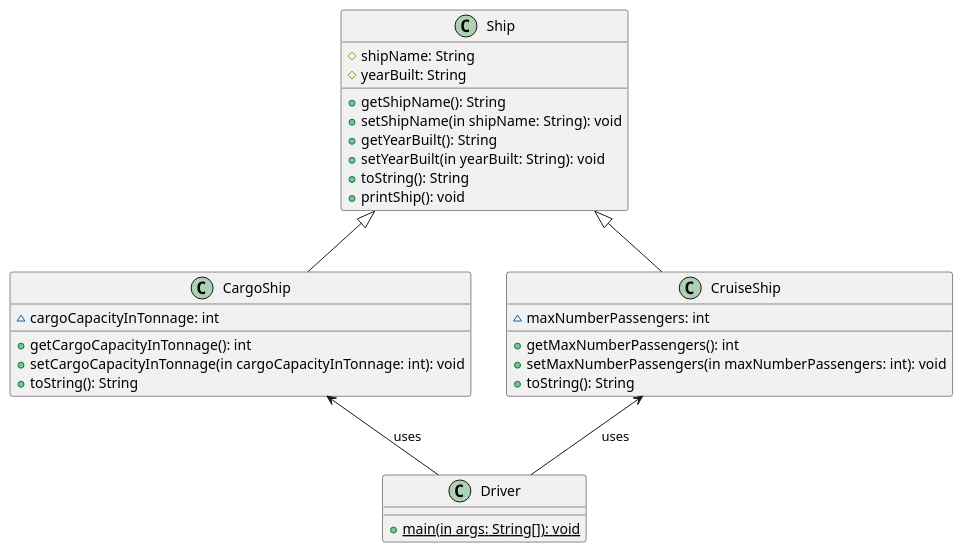
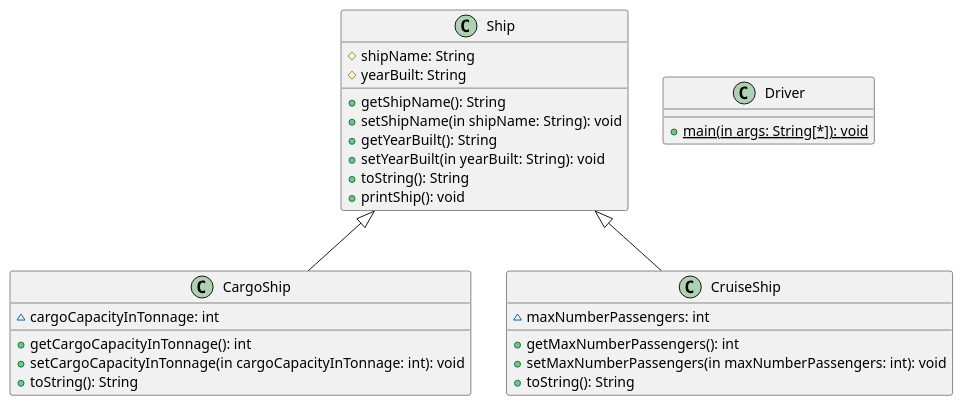
One commit to Simon-D-Nguyen/CS-4800HW3 changed the diagram in ClassDiagrams/Polymorphism.puml. Above: the diagram before and after it, drawn with PlantUML. The commit also changed 3 other files, not shown here.

Commit message:
Fixed Driver arrows in all Object diagrams

```diff
--- a/ClassDiagrams/Polymorphism.puml
+++ b/ClassDiagrams/Polymorphism.puml
@@ -1,44 +1,42 @@
 @startuml
 'https://plantuml.com/class-diagram
 
 class Ship {
 # shipName: String
 # yearBuilt: String
 
 + getShipName(): String
 + setShipName(in shipName: String): void
 + getYearBuilt(): String
 + setYearBuilt(in yearBuilt: String): void
 + toString(): String
 + printShip(): void
 }
 
 
 class CargoShip {
 ~ cargoCapacityInTonnage: int
 
 + getCargoCapacityInTonnage(): int
 + setCargoCapacityInTonnage(in cargoCapacityInTonnage: int): void
 + toString(): String
 }
 
 class CruiseShip {
 ~ maxNumberPassengers: int
 
 + getMaxNumberPassengers(): int
 + setMaxNumberPassengers(in maxNumberPassengers: int): void
 + toString(): String
 }
 
 Ship <|-- CargoShip
 Ship <|-- CruiseShip
 
 
 class Driver {
-+ {static} main(in args: String[]): void
++ {static} main(in args: String[*]): void
 }
 
-CargoShip <-- Driver : uses
-CruiseShip <-- Driver: uses
 
 @enduml
```
